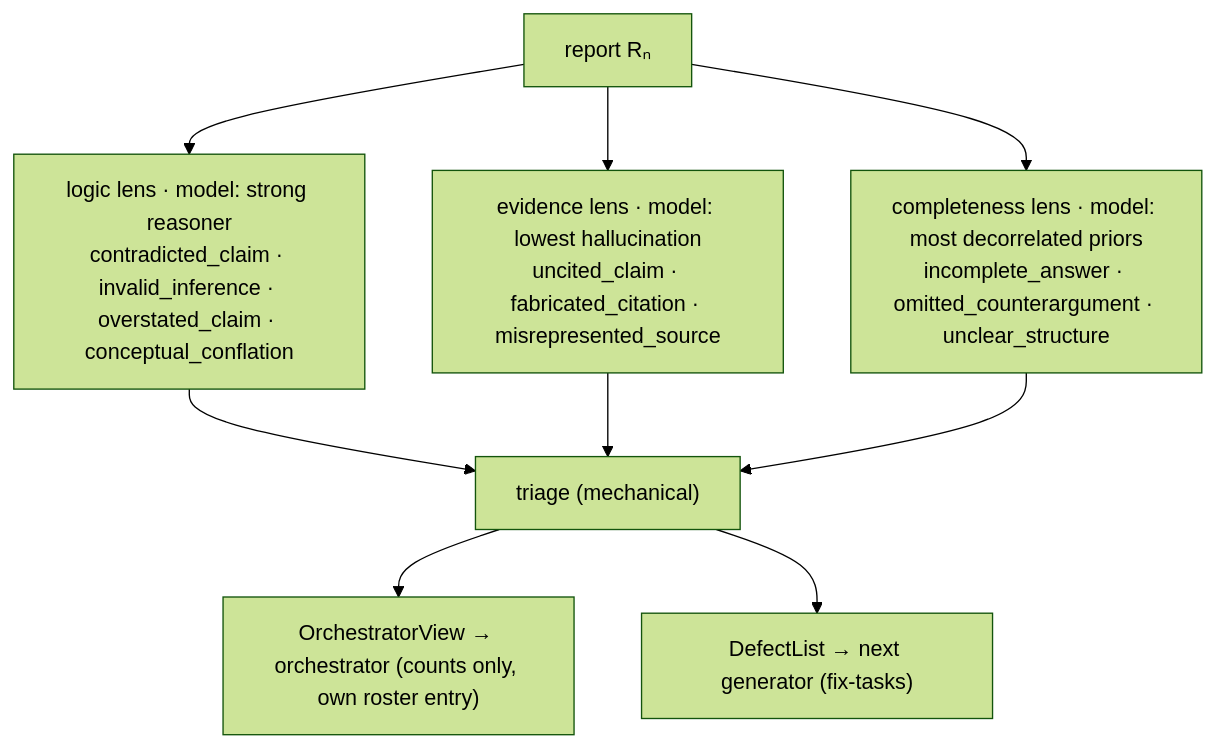
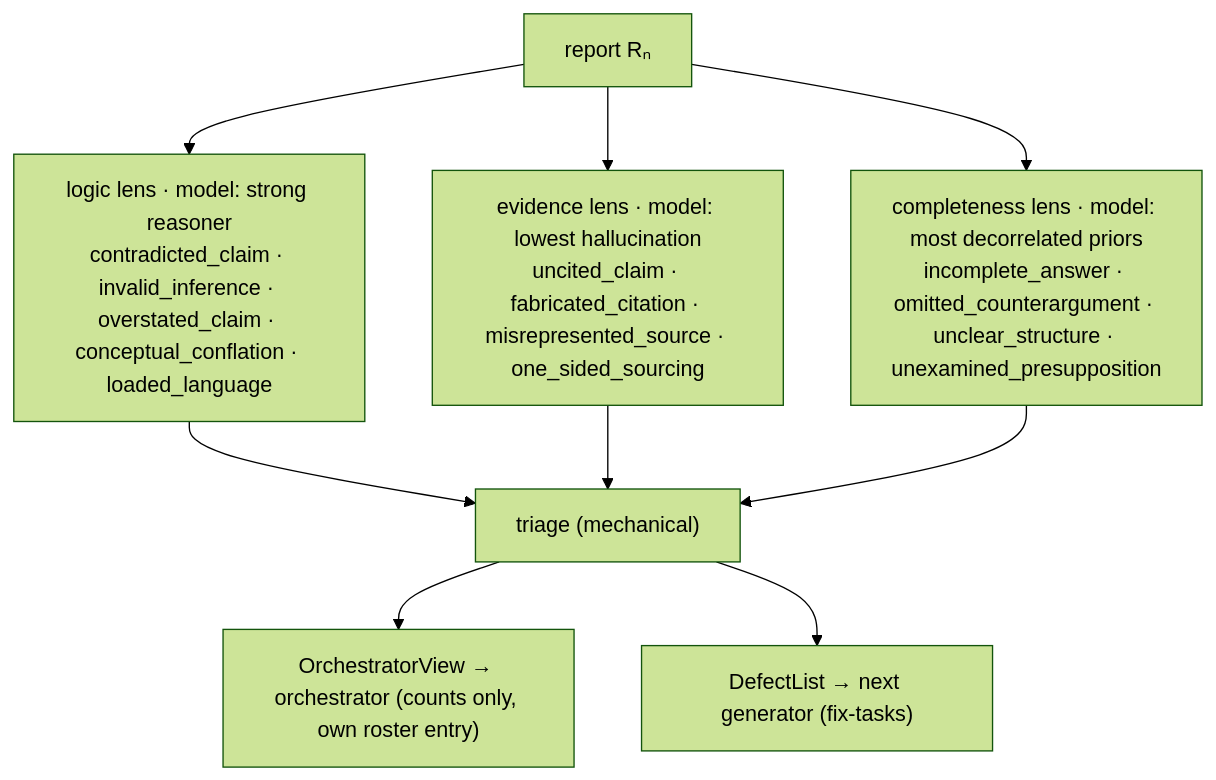
One commit to NickBorgers/reasonable-answer changed the second of 6 diagrams in docs/architecture.md. Above: the diagram before and after it, drawn with Mermaid (forest theme). The commit also changed other lines of this file and 14 other files, not shown here.

````diff
--- a/docs/architecture.md
+++ b/docs/architecture.md
@@ -89,11 +89,11 @@
 ```mermaid
 flowchart TD
-    R["report Rₙ"] --> L1["logic lens · model: strong reasoner<br/>contradicted_claim · invalid_inference · overstated_claim · conceptual_conflation"]
-    R --> L2["evidence lens · model: lowest hallucination<br/>uncited_claim · fabricated_citation · misrepresented_source"]
-    R --> L3["completeness lens · model: most decorrelated priors<br/>incomplete_answer · omitted_counterargument · unclear_structure"]
+    R["report Rₙ"] --> L1["logic lens · model: strong reasoner<br/>contradicted_claim · invalid_inference · overstated_claim · conceptual_conflation · loaded_language"]
+    R --> L2["evidence lens · model: lowest hallucination<br/>uncited_claim · fabricated_citation · misrepresented_source · one_sided_sourcing"]
+    R --> L3["completeness lens · model: most decorrelated priors<br/>incomplete_answer · omitted_counterargument · unclear_structure · unexamined_presupposition"]
     L1 --> TR["triage (mechanical)"]
     L2 --> TR
     L3 --> TR
     TR --> SR["OrchestratorView → orchestrator (counts only, own roster entry)"]
     TR --> DL["DefectList → next generator (fix-tasks)"]
 ```
````
